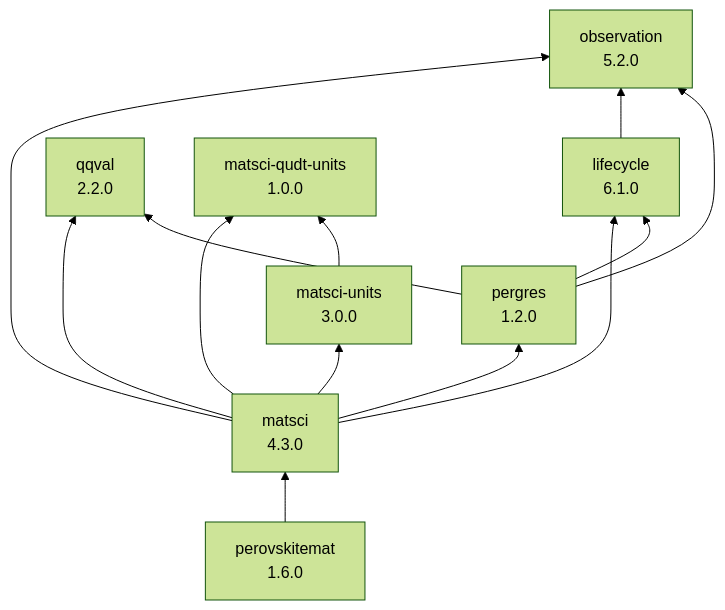
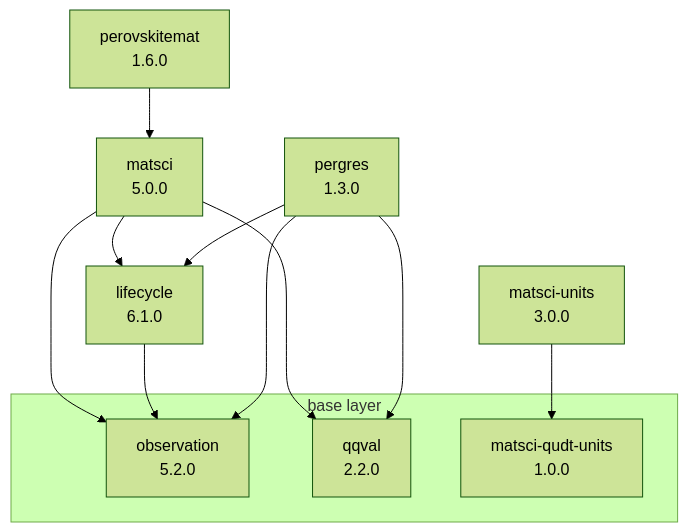
One commit to NAS-Lund/matsci-perovskite-ontologies changed the diagram in README.md. Above: the diagram before and after it, drawn with Mermaid (forest theme). The commit also changed other lines of this file and 6 other files, not shown here.

````diff
--- a/README.md
+++ b/README.md
@@ -14,24 +15,24 @@
 ```mermaid
-graph BT
+graph TD
     perov["perovskitemat<br/>1.6.0"]
-    matsci["matsci<br/>4.3.0"]
-    pergres["pergres<br/>1.2.0"]
+    matsci["matsci<br/>5.0.0"]
+    pergres["pergres<br/>1.3.0"]
     life["lifecycle<br/>6.1.0"]
-    obs["observation<br/>5.2.0"]
-    qqval["qqval<br/>2.2.0"]
     units["matsci-units<br/>3.0.0"]
-    qudtunits["matsci-qudt-units<br/>1.0.0"]
+
+    subgraph base["base layer"]
+        obs["observation<br/>5.2.0"]
+        qqval["qqval<br/>2.2.0"]
+        qudtunits["matsci-qudt-units<br/>1.0.0"]
+    end
 
     perov --> matsci
     matsci --> life
     matsci --> obs
     matsci --> qqval
-    matsci --> pergres
-    matsci --> units
-    matsci --> qudtunits
+    life --> obs
+    pergres --> life
+    pergres --> obs
+    pergres --> qqval
     units --> qudtunits
-    life --> obs
-    pergres --> qqval
-    pergres --> obs
-    pergres --> life
 ```
````
